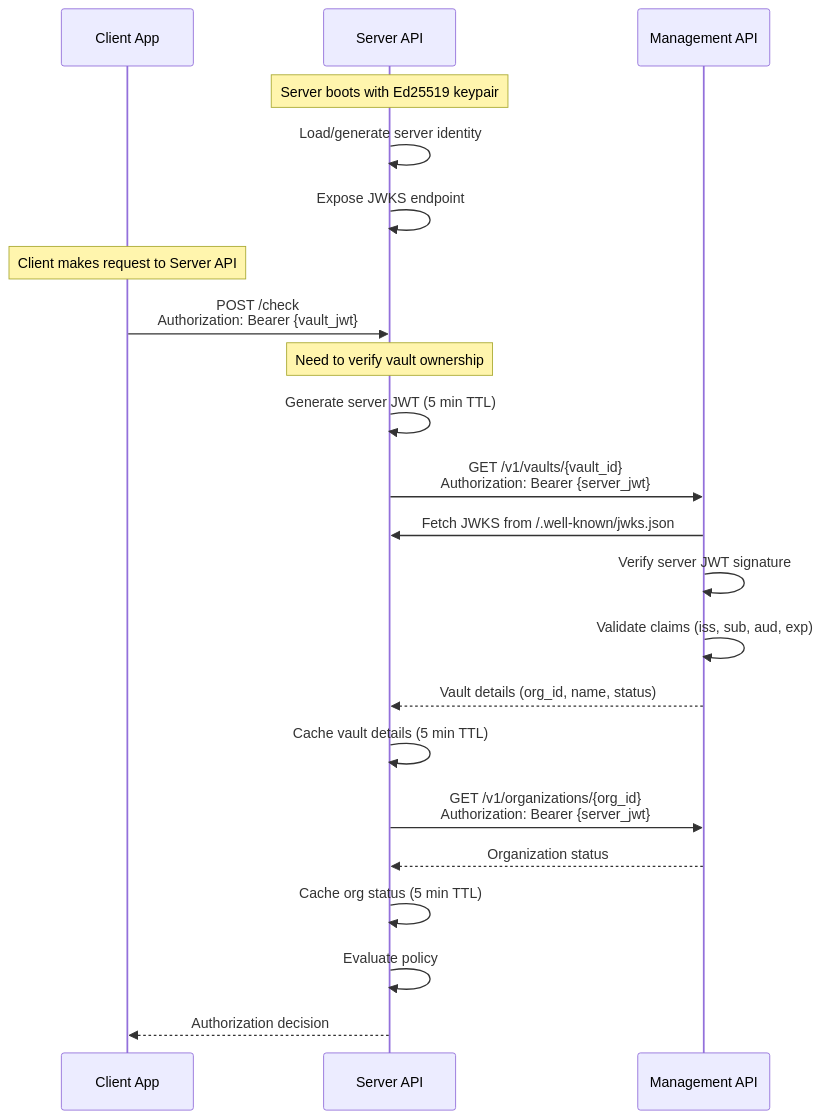
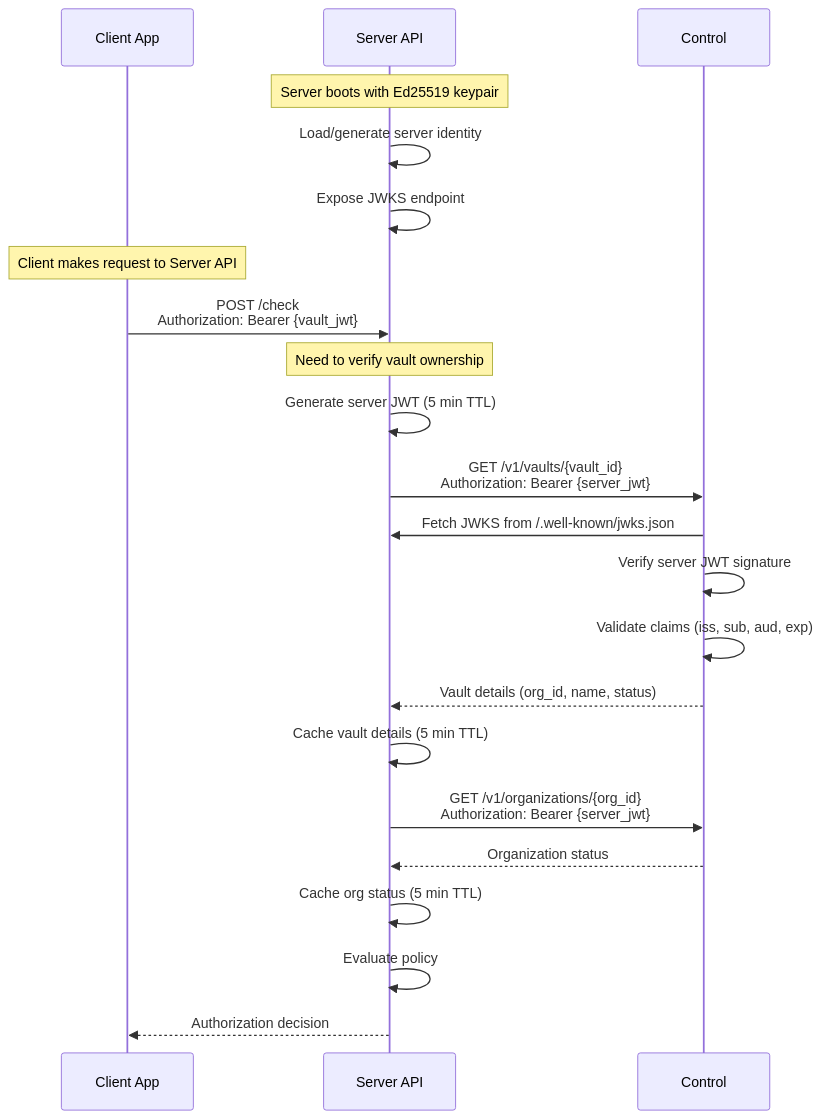
One commit to inferadb/control changed the eighth of 8 diagrams in docs/authentication.md. Above: the diagram before and after it, drawn with Mermaid. The commit also changed other lines of this file and 245 other files, not shown here.

````diff
--- a/docs/authentication.md
+++ b/docs/authentication.md
@@ -1117,33 +1117,33 @@
 ```mermaid
 sequenceDiagram
     participant Client as Client App
     participant ServerAPI as Server API
-    participant MgmtAPI as Management API
+    participant MgmtAPI as Control
 
     Note over ServerAPI: Server boots with Ed25519 keypair
 
     ServerAPI->>ServerAPI: Load/generate server identity
     ServerAPI->>ServerAPI: Expose JWKS endpoint
 
     Note over Client: Client makes request to Server API
 
     Client->>ServerAPI: POST /check<br/>Authorization: Bearer {vault_jwt}
 
     Note over ServerAPI: Need to verify vault ownership
 
     ServerAPI->>ServerAPI: Generate server JWT (5 min TTL)
     ServerAPI->>MgmtAPI: GET /v1/vaults/{vault_id}<br/>Authorization: Bearer {server_jwt}
 
     MgmtAPI->>ServerAPI: Fetch JWKS from /.well-known/jwks.json
     MgmtAPI->>MgmtAPI: Verify server JWT signature
     MgmtAPI->>MgmtAPI: Validate claims (iss, sub, aud, exp)
     MgmtAPI-->>ServerAPI: Vault details (org_id, name, status)
 
     ServerAPI->>ServerAPI: Cache vault details (5 min TTL)
     ServerAPI->>MgmtAPI: GET /v1/organizations/{org_id}<br/>Authorization: Bearer {server_jwt}
     MgmtAPI-->>ServerAPI: Organization status
 
     ServerAPI->>ServerAPI: Cache org status (5 min TTL)
     ServerAPI->>ServerAPI: Evaluate policy
     ServerAPI-->>Client: Authorization decision
 ```
````
